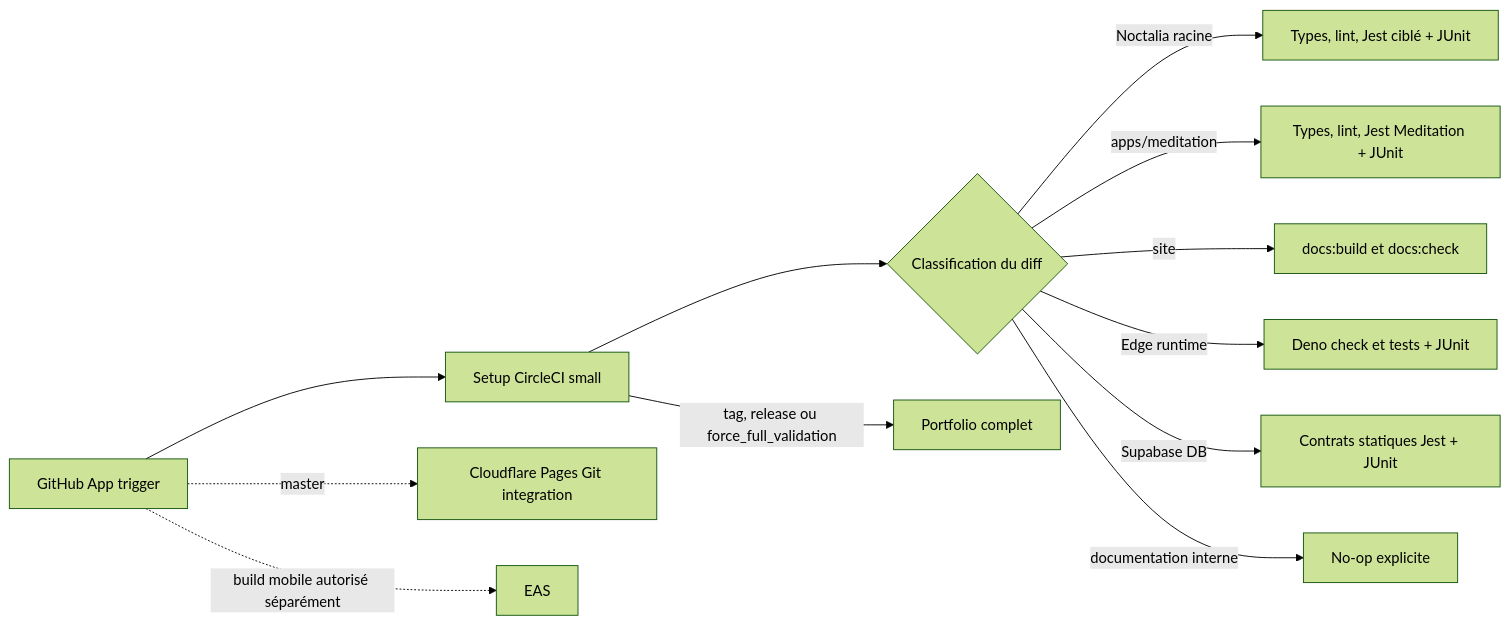
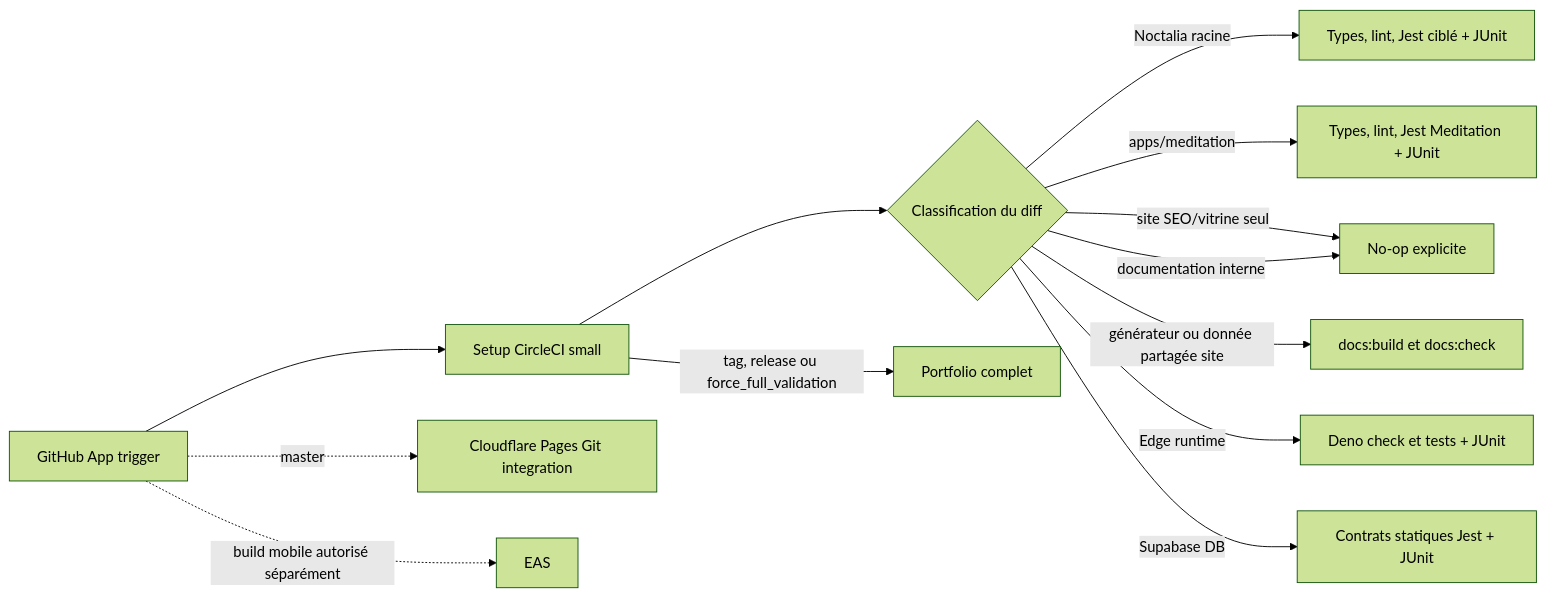
Before and after one commit to thannous/dreamer: the diagram in doc_web_interne/docs/circleci-migration.md, drawn with Mermaid (forest theme). The commit also changed other lines of this file and 4 other files, not shown here.

````diff
--- a/doc_web_interne/docs/circleci-migration.md
+++ b/doc_web_interne/docs/circleci-migration.md
@@ -9,14 +9,15 @@
 ```mermaid
 flowchart LR
   GH[GitHub App trigger] --> S[Setup CircleCI small]
   S --> C{Classification du diff}
   C -->|Noctalia racine| N[Types, lint, Jest ciblé + JUnit]
   C -->|apps/meditation| M[Types, lint, Jest Meditation + JUnit]
-  C -->|site| D[docs:build et docs:check]
+  C -->|site SEO/vitrine seul| Z[No-op explicite]
+  C -->|générateur ou donnée partagée site| D[docs:build et docs:check]
   C -->|Edge runtime| E[Deno check et tests + JUnit]
   C -->|Supabase DB| B[Contrats statiques Jest + JUnit]
   C -->|documentation interne| Z[No-op explicite]
   S -->|tag, release ou force_full_validation| F[Portfolio complet]
   GH -. master .-> CF[Cloudflare Pages Git integration]
   GH -. build mobile autorisé séparément .-> EA[EAS]
 ```
````
